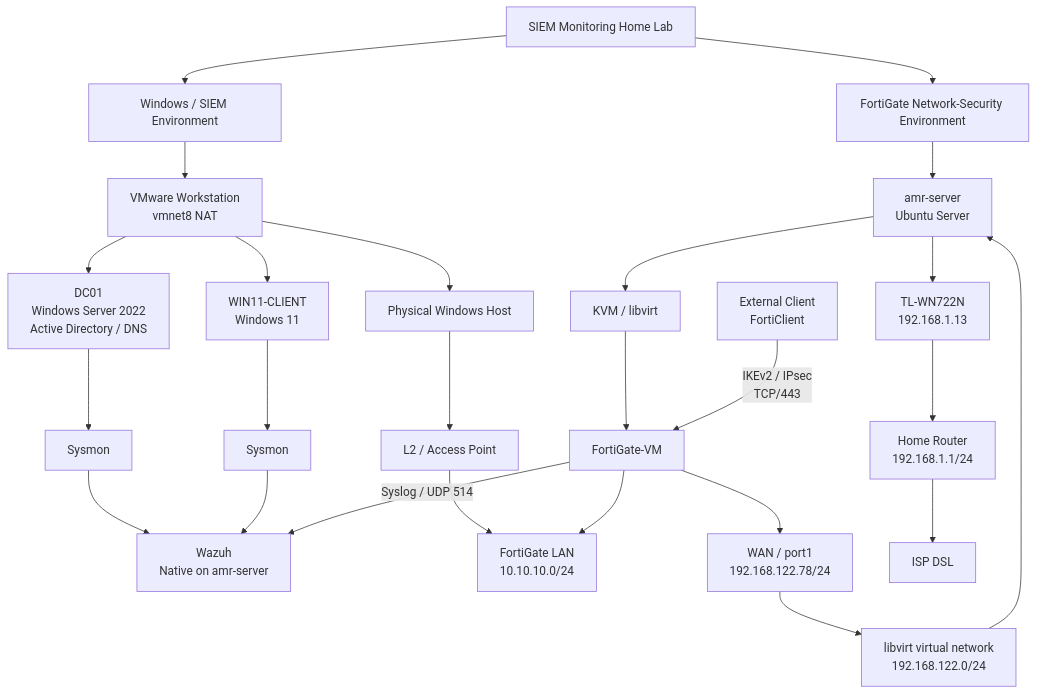
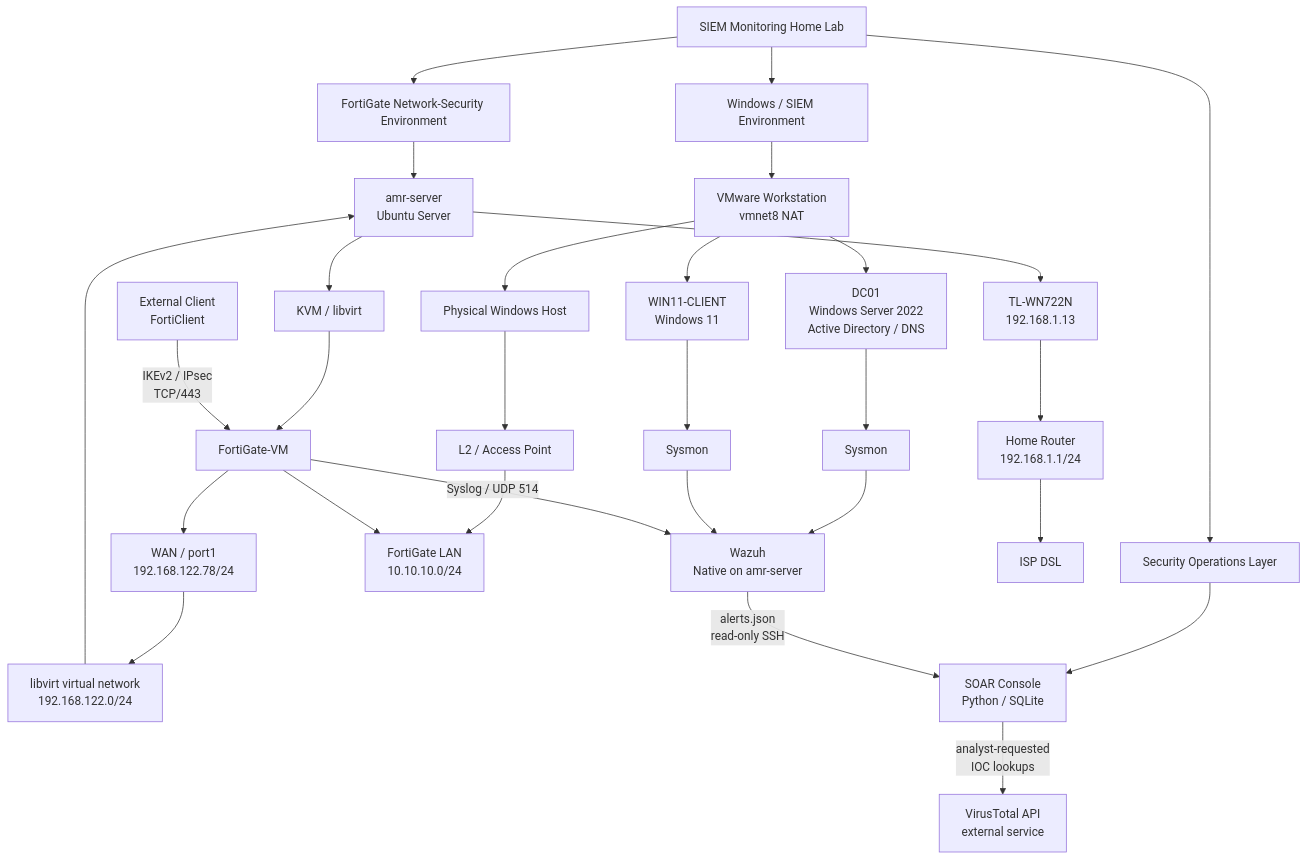
The diagram in docs/00-Current-Lab-Architecture.md (amr294/SIEM-Monitoring-Home-Lab), drawn with Mermaid before and after one commit. The commit also changed other lines of this file and 1 other file, not shown here.

Commit message:
docs: update SOAR architecture and project overview

````diff
--- a/docs/00-Current-Lab-Architecture.md
+++ b/docs/00-Current-Lab-Architecture.md
@@ -112,45 +132,51 @@
 ```mermaid
 flowchart TB
     LAB[SIEM Monitoring Home Lab]
 
     LAB --> WINENV[Windows / SIEM Environment]
     LAB --> FGENV[FortiGate Network-Security Environment]
+    LAB --> SOCENV[Security Operations Layer]
 
     %% Windows / SIEM environment
     WINENV --> VMWARE[VMware Workstation<br/>vmnet8 NAT]
 
     VMWARE --> DC[DC01<br/>Windows Server 2022<br/>Active Directory / DNS]
     VMWARE --> WIN11[WIN11-CLIENT<br/>Windows 11]
 
     DC --> SYS1[Sysmon]
     WIN11 --> SYS2[Sysmon]
 
     SYS1 --> WAZUH[Wazuh<br/>Native on amr-server]
     SYS2 --> WAZUH
 
     VMWARE --> WINHOST[Physical Windows Host]
     WINHOST --> AP[L2 / Access Point]
     AP --> FGLAN[FortiGate LAN<br/>10.10.10.0/24]
 
     %% FortiGate / Ubuntu environment
     FGENV --> UBUNTU[amr-server<br/>Ubuntu Server]
     UBUNTU --> KVM[KVM / libvirt]
     KVM --> FGT[FortiGate-VM]
 
     FGT --> FGLAN
     FGT --> WAN[WAN / port1<br/>192.168.122.78/24]
 
     WAN --> LIBVIRT[libvirt virtual network<br/>192.168.122.0/24]
     LIBVIRT --> UBUNTU
 
     UBUNTU --> WN[TL-WN722N<br/>192.168.1.13]
     WN --> ROUTER[Home Router<br/>192.168.1.1/24]
     ROUTER --> ISP[ISP DSL]
 
     %% Remote access VPN
     REMOTE[External Client<br/>FortiClient]
     REMOTE -->|IKEv2 / IPsec<br/>TCP/443| FGT
 
     %% FortiGate → Wazuh Syslog integration
     FGT -->|Syslog / UDP 514| WAZUH
+
+    %% SOAR Console
+    SOCENV --> SOAR[SOAR Console<br/>Python / SQLite]
+    WAZUH -->|alerts.json<br/>read-only SSH| SOAR
+    SOAR -->|analyst-requested<br/>IOC lookups| VT[VirusTotal API<br/>external service]
 ```
````
